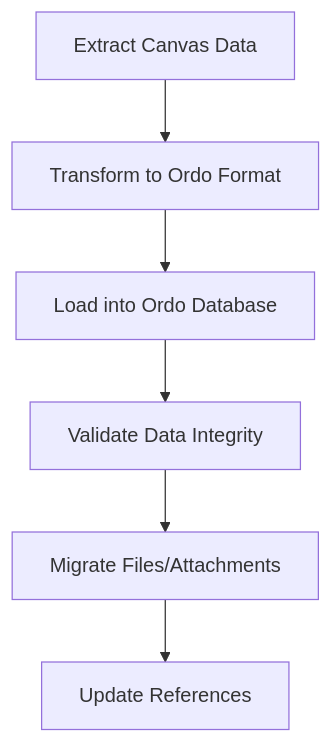
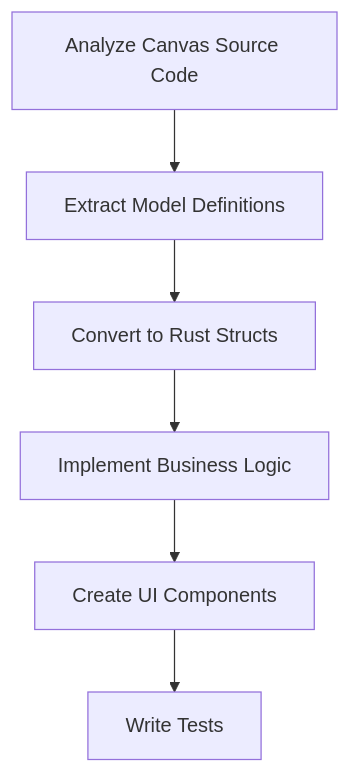
One commit to ordokr/LMS changed the first of 2 diagrams in docs/migration_guide.md. Above: the diagram before and after it, drawn with Mermaid. The commit also changed other lines of this file and 165 other files, not shown here.

````diff
--- a/docs/migration_guide.md
+++ b/docs/migration_guide.md
@@ -52,8 +48,8 @@
 ```mermaid
 graph TD
-    A[Extract Canvas Data] --> B[Transform to Ordo Format]
-    B --> C[Load into Ordo Database]
-    C --> D[Validate Data Integrity]
-    D --> E[Migrate Files/Attachments]
-    E --> F[Update References]
+    A[Analyze Canvas Source Code] --> B[Extract Model Definitions]
+    B --> C[Convert to Rust Structs]
+    C --> D[Implement Business Logic]
+    D --> E[Create UI Components]
+    E --> F[Write Tests]
 ```
````
